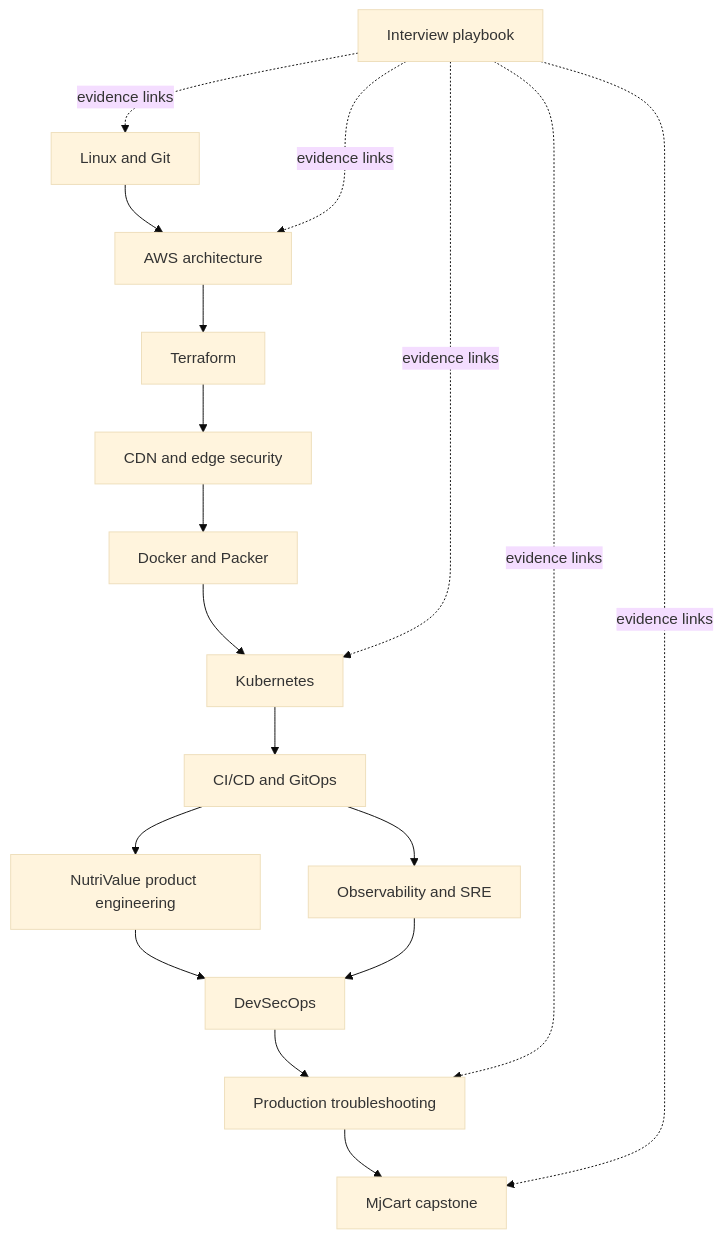
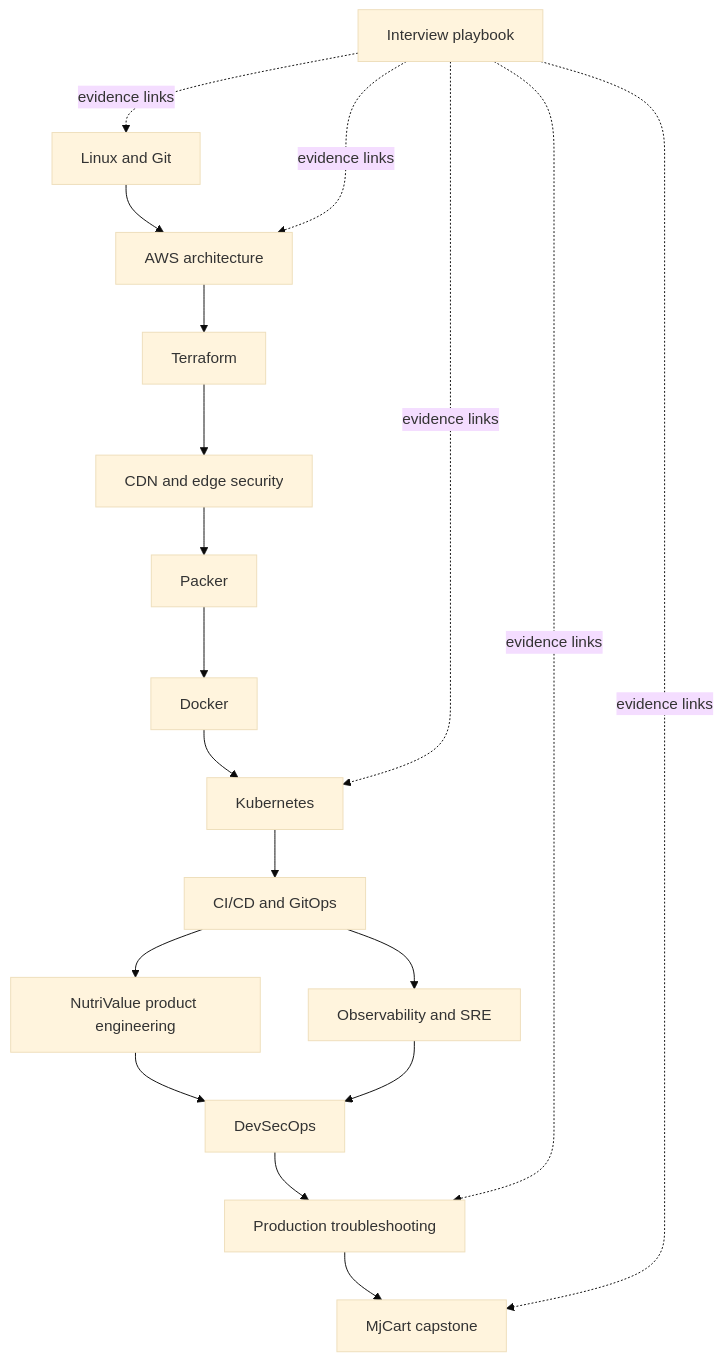
One commit to jeevanm84/jeevanm84 changed the diagram in docs/ECOSYSTEM.md. Above: the diagram before and after it, drawn with Mermaid (base theme). The commit also changed other lines of this file and 1 other file, not shown here.

Commit message:
Add docker-zero-to-production to the portfolio project list and roadmap (#12)
Inserts it as its own stage in the platform-engineering track, between
packer-aws-golden-image-pipeline and kubernetes-zero-to-production, and
renumbers the roadmap stages after it accordingly.

````diff
--- a/docs/ECOSYSTEM.md
+++ b/docs/ECOSYSTEM.md
@@ -56,20 +58,21 @@
 ```mermaid
 flowchart TB
   Git[Linux and Git] --> AWS[AWS architecture]
   AWS --> TF[Terraform]
   TF --> CDN[CDN and edge security]
-  CDN --> Images[Docker and Packer]
-  Images --> K8s[Kubernetes]
+  CDN --> Images[Packer]
+  Images --> Docker[Docker]
+  Docker --> K8s[Kubernetes]
   K8s --> CICD[CI/CD and GitOps]
   CICD --> Obs[Observability and SRE]
   CICD --> Product[NutriValue product engineering]
   Product --> Sec[DevSecOps]
   Obs --> Sec[DevSecOps]
   Sec --> Incident[Production troubleshooting]
   Incident --> Capstone[MjCart capstone]
   Interview[Interview playbook] -. evidence links .-> Git
   Interview -. evidence links .-> AWS
   Interview -. evidence links .-> K8s
   Interview -. evidence links .-> Incident
   Interview -. evidence links .-> Capstone
 ```
````
